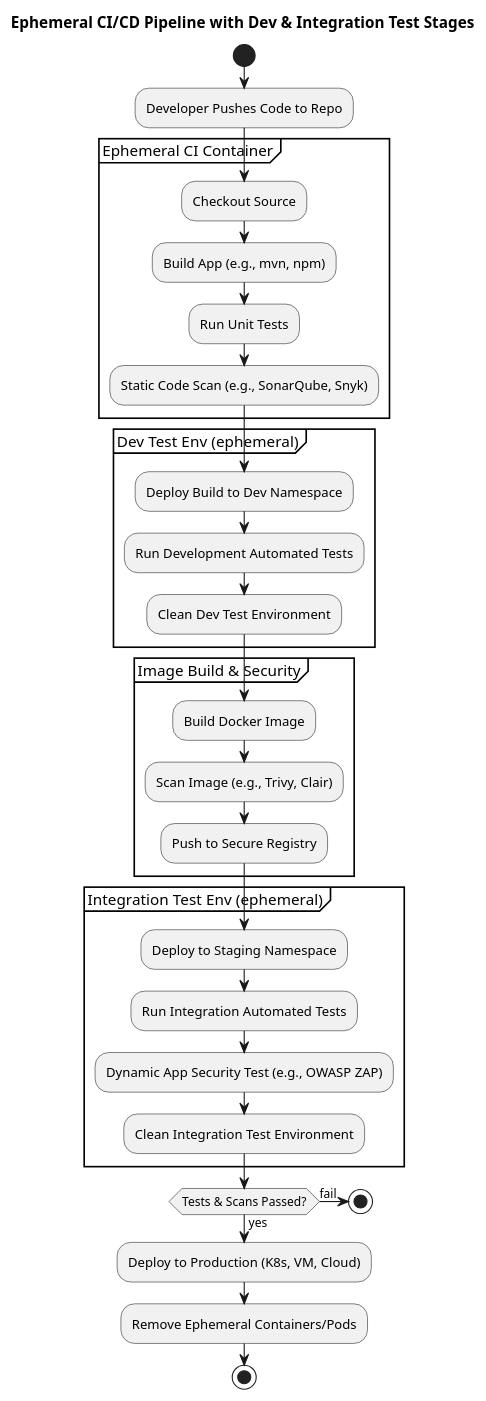
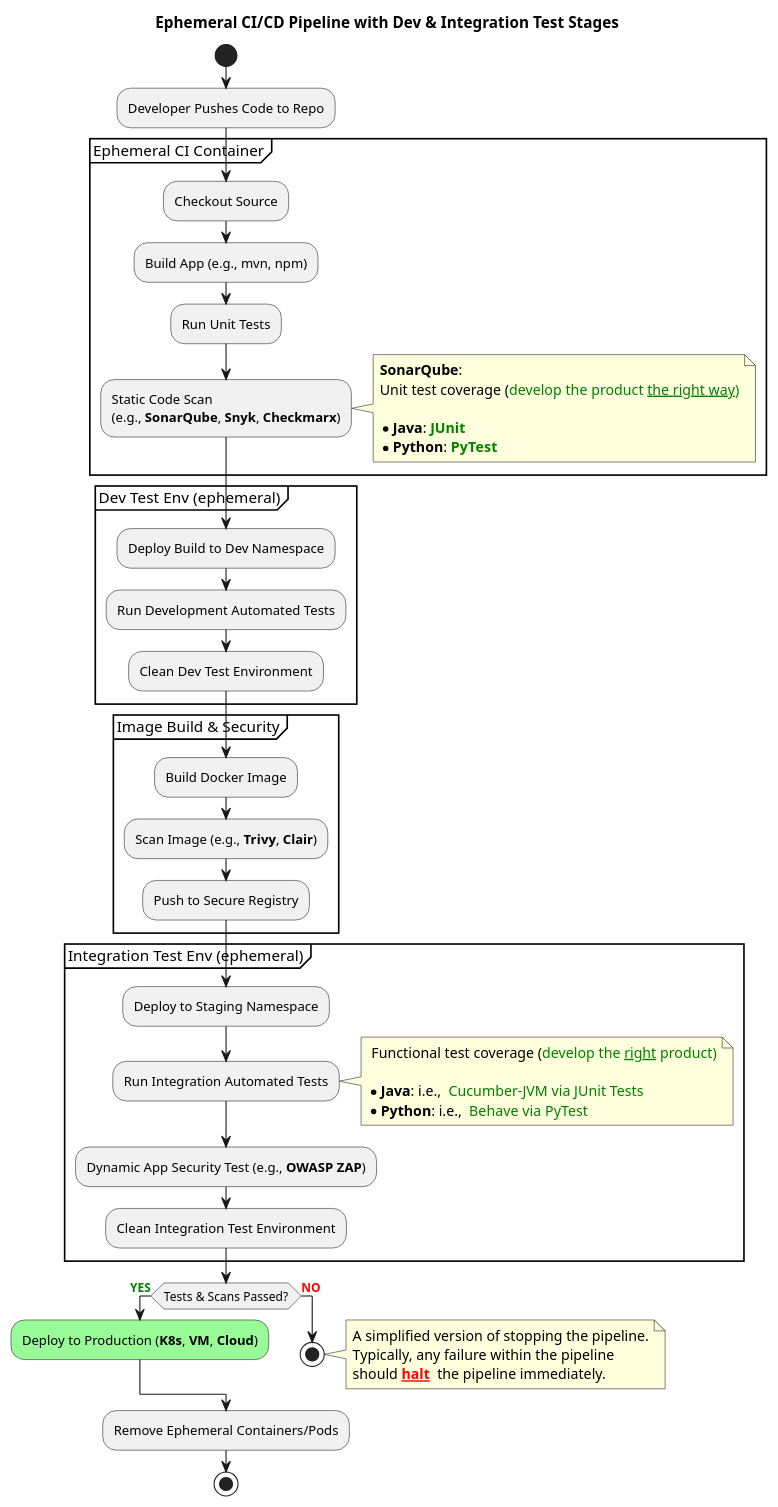
The diagram in src/cicd_pipelines/ephemeral_cicd_pipeline_with_automated_tests.plantuml (drkiettran/uml_modeling), drawn with PlantUML before and after one commit. The commit also changed 16 other files, not shown here.

Commit message:
Added more diagrams

```diff
--- a/src/cicd_pipelines/ephemeral_cicd_pipeline_with_automated_tests.plantuml
+++ b/src/cicd_pipelines/ephemeral_cicd_pipeline_with_automated_tests.plantuml
@@ -1,43 +1,61 @@
-@startuml
-title Ephemeral CI/CD Pipeline with Dev & Integration Test Stages
+@startuml	
+	title Ephemeral CI/CD Pipeline with Dev & Integration Test Stages
 
-start
-
-:Developer Pushes Code to Repo;
-
-partition "Ephemeral CI Container" {
-  :Checkout Source;
-  :Build App (e.g., mvn, npm);
-  :Run Unit Tests;
-  :Static Code Scan (e.g., SonarQube, Snyk);
-}
-
-partition "Dev Test Env (ephemeral)" {
-  :Deploy Build to Dev Namespace;
-  :Run Development Automated Tests;
-  :Clean Dev Test Environment;
-}
-
-partition "Image Build & Security" {
-  :Build Docker Image;
-  :Scan Image (e.g., Trivy, Clair);
-  :Push to Secure Registry;
-}
-
-partition "Integration Test Env (ephemeral)" {
-  :Deploy to Staging Namespace;
-  :Run Integration Automated Tests;
-  :Dynamic App Security Test (e.g., OWASP ZAP);
-  :Clean Integration Test Environment;
-}
-
-if (Tests & Scans Passed?) then (yes)
-  :Deploy to Production (K8s, VM, Cloud);
-else (fail)
-  stop
-endif
-
-:Remove Ephemeral Containers/Pods;
-
-stop
+	start
+	
+	:Developer Pushes Code to Repo;
+	
+	partition "Ephemeral CI Container" {
+	  :Checkout Source;
+	  :Build App (e.g., mvn, npm);
+	  :Run Unit Tests;
+	  :Static Code Scan \n(e.g., **SonarQube**, **Snyk**, **Checkmarx**); 
+	  note right
+	  	**SonarQube**: 
+	  	Unit test coverage (<color:green>develop the product __the right way__)
+	  	
+	  	* **Java**: <color:green>**JUnit**
+	  	* **Python**: <color:green>**PyTest**
+	  end note
+	}
+	
+	partition "Dev Test Env (ephemeral)" {
+	  :Deploy Build to Dev Namespace;
+	  :Run Development Automated Tests;
+	  :Clean Dev Test Environment;
+	}
+	
+	partition "Image Build & Security" {
+	  :Build Docker Image;
+	  :Scan Image (e.g., **Trivy**, **Clair**);
+	  :Push to Secure Registry;
+	}
+	
+	partition "Integration Test Env (ephemeral)" {
+	  :Deploy to Staging Namespace;
+	  :Run Integration Automated Tests;
+	  note right
+	    Functional test coverage (<color:green>develop the __right__ product)
+	    
+	  	* **Java**: i.e., <color:green> Cucumber-JVM via JUnit Tests
+	  	* **Python**: i.e., <color:green> Behave via PyTest
+	  end note
+	  :Dynamic App Security Test (e.g., **OWASP ZAP**);
+	  :Clean Integration Test Environment;
+	}
+	
+	if (Tests & Scans Passed?) then (**<color:green>YES**)
+	  #palegreen:Deploy to Production (**K8s**, **VM**, **Cloud**);
+	else (<color:red>**NO**)	
+	  stop
+	  note right
+	  	A simplified version of stopping the pipeline.
+	  	Typically, any failure within the pipeline 
+	  	should __<color:red>**halt**__ <color:black> the pipeline immediately.
+	  end note
+	endif
+	
+	:Remove Ephemeral Containers/Pods;
+	
+	stop
 @enduml
```
